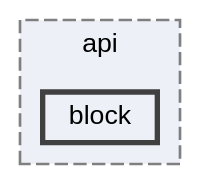
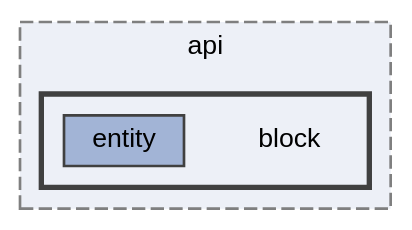
Before and after one commit to noah1510/EvenBetterArcheology: the diagram in dir_9767037da01c0633d18e736ed0ae598b_dep.dot, drawn with Graphviz. The commit also changed 146 other files, not shown here.

```diff
--- a/dir_9767037da01c0633d18e736ed0ae598b_dep.dot
+++ b/dir_9767037da01c0633d18e736ed0ae598b_dep.dot
@@ -1,12 +1,16 @@
 digraph "block"
 {
  // LATEX_PDF_SIZE
   bgcolor="transparent";
   edge [fontname=Helvetica,fontsize=10,labelfontname=Helvetica,labelfontsize=10];
   node [fontname=Helvetica,fontsize=10,shape=box,height=0.2,width=0.4];
   compound=true
   subgraph clusterdir_57799d9d50d0036b87fa9ec9caa8eebf {
     graph [ bgcolor="#edf0f7", pencolor="grey50", label="api", fontname=Helvetica,fontsize=10 style="filled,dashed", URL="dir_57799d9d50d0036b87fa9ec9caa8eebf.html",tooltip=""]
-  dir_9767037da01c0633d18e736ed0ae598b [label="block", fillcolor="#edf0f7", color="grey25", style="filled,bold", URL="dir_9767037da01c0633d18e736ed0ae598b.html",tooltip=""];
+  subgraph clusterdir_9767037da01c0633d18e736ed0ae598b {
+    graph [ bgcolor="#edf0f7", pencolor="grey25", label="", fontname=Helvetica,fontsize=10 style="filled,bold", URL="dir_9767037da01c0633d18e736ed0ae598b.html",tooltip=""]
+    dir_9767037da01c0633d18e736ed0ae598b [shape=plaintext, label="block"];
+  dir_30b92dc588688bda88adf1507472c9d9 [label="entity", fillcolor="#a2b4d6", color="grey25", style="filled", URL="dir_30b92dc588688bda88adf1507472c9d9.html",tooltip=""];
+  }
   }
 }
```
